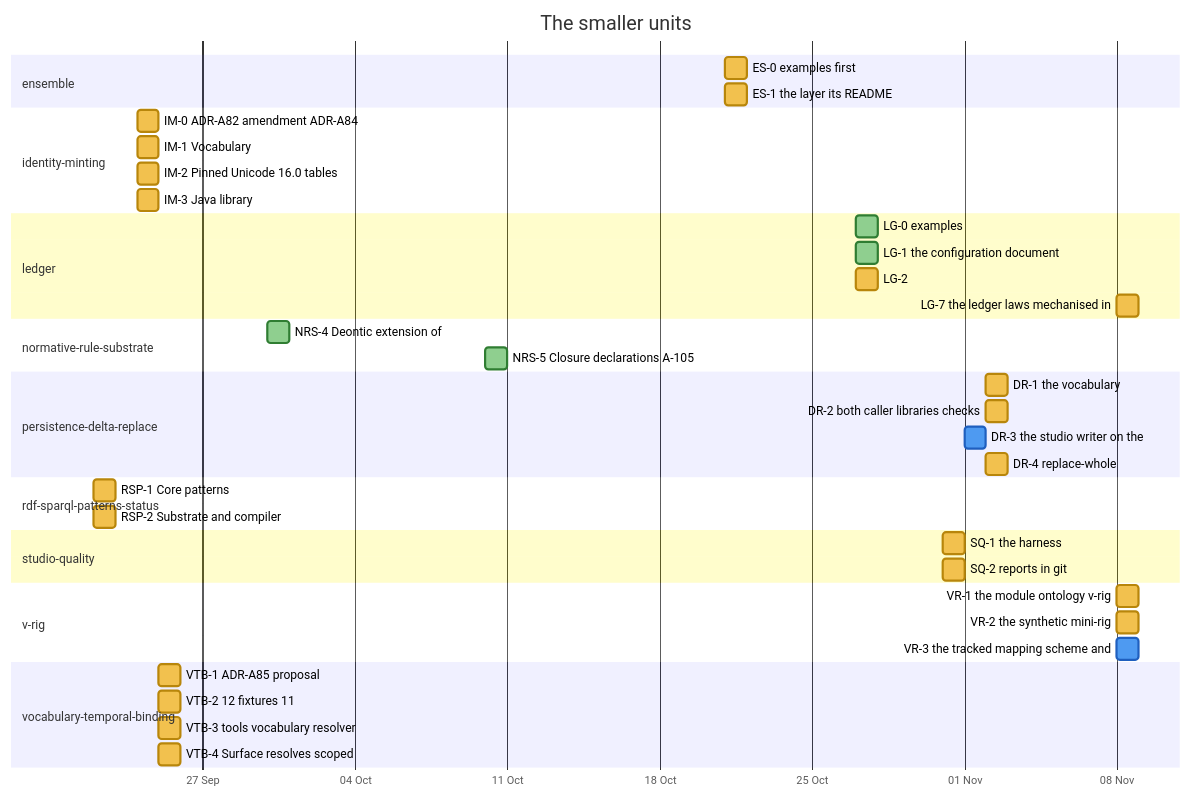
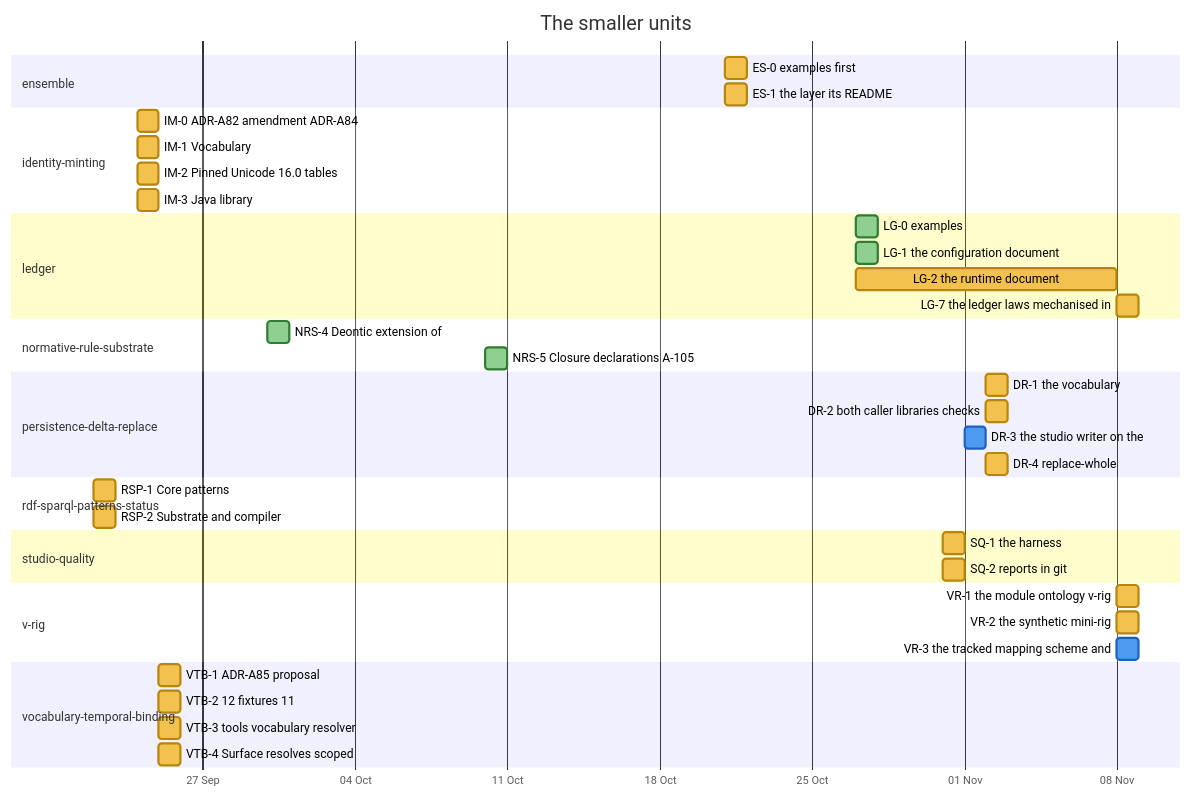
Diagram 20 of 29 in docs/developer/ROADMAP.md (nebularis/lattice), drawn with Mermaid before and after one commit. The commit also changed other lines of this file and 20 other files, not shown here.

````diff
--- a/docs/developer/ROADMAP.md
+++ b/docs/developer/ROADMAP.md
@@ -537,43 +537,43 @@
 ```mermaid
 %%{init: {"themeVariables": {"taskBkgColor": "#f2c14e", "taskBorderColor": "#b8860b", "taskTextColor": "#000000", "activeTaskBkgColor": "#4e9af1", "activeTaskBorderColor": "#1f5fbf", "activeTaskBorderColor": "#1f5fbf", "doneTaskBkgColor": "#8fcf8f", "doneTaskBorderColor": "#2f7d32", "critBkgColor": "#f28b82", "critBorderColor": "#b23a30", "taskTextDarkColor": "#000000", "taskTextLightColor": "#000000"}}}%%
 gantt
     title The smaller units
     dateFormat YYYY-MM-DD
     axisFormat %d %b
     section ensemble
     ES-0 examples first :es0, 2026-10-21, 2026-10-22
     ES-1 the layer its README :es1, 2026-10-21, 2026-10-22
     section identity-minting
     IM-0 ADR-A82 amendment ADR-A84 :im0, 2026-09-24, 2026-09-25
     IM-1 Vocabulary :im1, 2026-09-24, 2026-09-25
     IM-2 Pinned Unicode 16.0 tables :im2, 2026-09-24, 2026-09-25
     IM-3 Java library :im3, 2026-09-24, 2026-09-25
     section ledger
     LG-0 examples :done, lg0, 2026-10-27, 2026-10-28
     LG-1 the configuration document :done, lg1, 2026-10-27, 2026-10-28
-    LG-2 :lg2, 2026-10-27, 2026-10-28
+    LG-2 the runtime document :lg2, 2026-10-27, 2026-11-08
     LG-7 the ledger laws mechanised in :lg7, 2026-11-08, 2026-11-09
     section normative-rule-substrate
     NRS-4 Deontic extension of :done, nrs4, 2026-09-30, 2026-10-01
     NRS-5 Closure declarations A-105 :done, nrs5, 2026-10-10, 2026-10-11
     section persistence-delta-replace
     DR-1 the vocabulary :dr1, 2026-11-02, 2026-11-03
     DR-2 both caller libraries checks :dr2, 2026-11-02, 2026-11-03
     DR-3 the studio writer on the :active, dr3, 2026-11-01, 2026-11-02
     DR-4 replace-whole :dr4, 2026-11-02, 2026-11-03
     section rdf-sparql-patterns-status
     RSP-1 Core patterns :rsp1, 2026-09-22, 2026-09-23
     RSP-2 Substrate and compiler :rsp2, 2026-09-22, 2026-09-23
     section studio-quality
     SQ-1 the harness :sq1, 2026-10-31, 2026-11-01
     SQ-2 reports in git :sq2, 2026-10-31, 2026-11-01
     section v-rig
     VR-1 the module ontology v-rig :vr1, 2026-11-08, 2026-11-09
     VR-2 the synthetic mini-rig :vr2, 2026-11-08, 2026-11-09
     VR-3 the tracked mapping scheme and :active, vr3, 2026-11-08, 2026-11-09
     section vocabulary-temporal-binding
     VTB-1 ADR-A85 proposal :vtb1, 2026-09-25, 2026-09-26
     VTB-2 12 fixtures 11 :vtb2, 2026-09-25, 2026-09-26
     VTB-3 tools vocabulary resolver :vtb3, 2026-09-25, 2026-09-26
     VTB-4 Surface resolves scoped :vtb4, 2026-09-25, 2026-09-26
 ```
````
